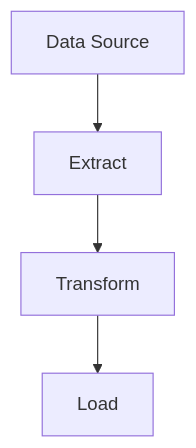
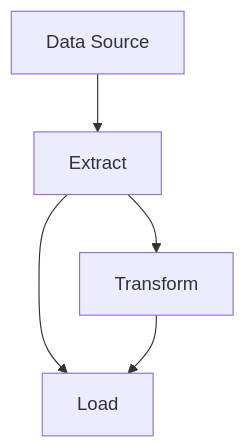
One commit to tbar4/olorin changed the diagram in README.md. Above: the diagram before and after it, drawn with Mermaid.

Commit message:
finalized simplistic model

````diff
--- a/README.md
+++ b/README.md
@@ -12,6 +12,7 @@
 ```mermaid
 flowchart TD
   A[Data Source] --> B[Extract];
   B --> C[Transform];
+  B --> D[Load];
   C --> D[Load];
 ```
````
